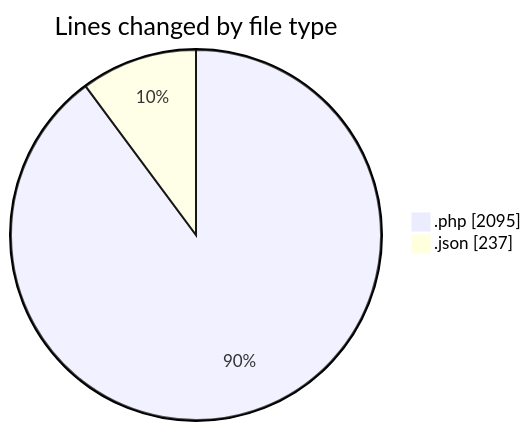
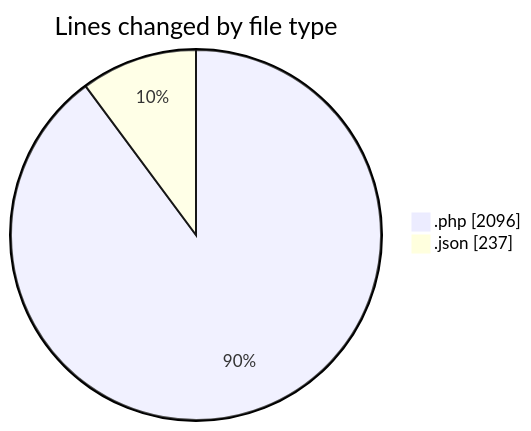
One commit to idhammustaqopulfikri/code-tracking changed the first of 2 diagrams in 2025-06-23/studio-backend/README.md. Above: the diagram before and after it, drawn with Mermaid. The commit also changed other lines of this file and 1 other file, not shown here.

````diff
--- a/2025-06-23/studio-backend/README.md
+++ b/2025-06-23/studio-backend/README.md
@@ -24,6 +24,6 @@
 ```mermaid
 pie showData
 title Lines changed by file type
-".php" : 2095
+".php" : 2096
 ".json" : 237
 ```
````
